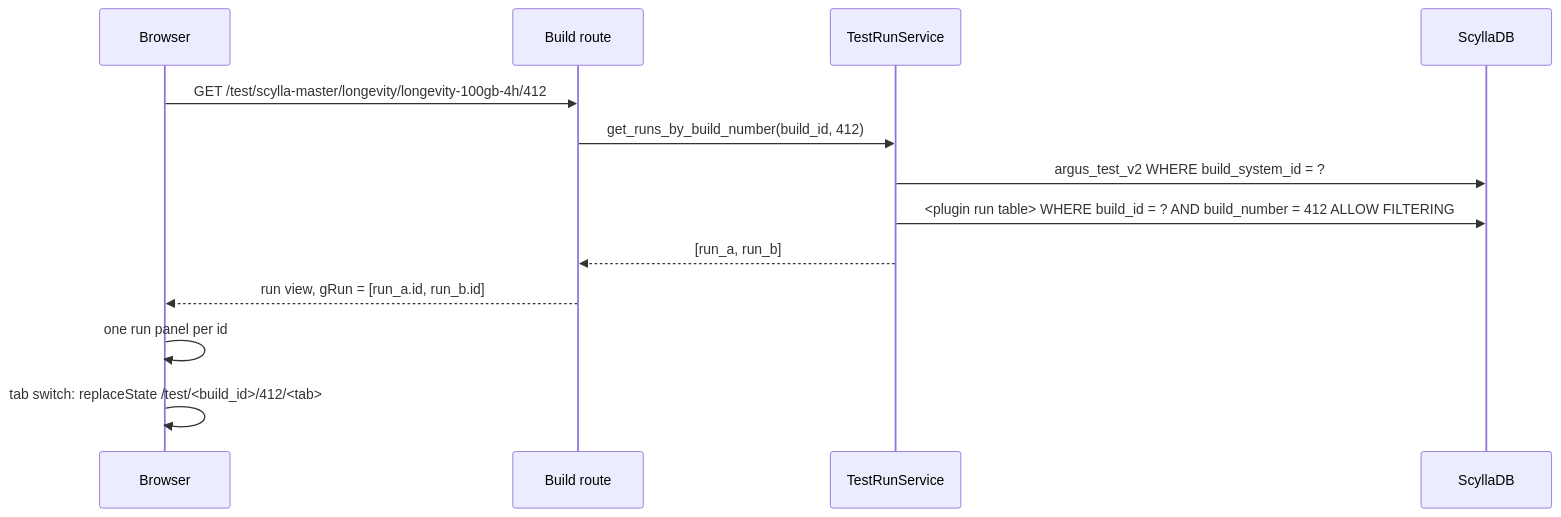
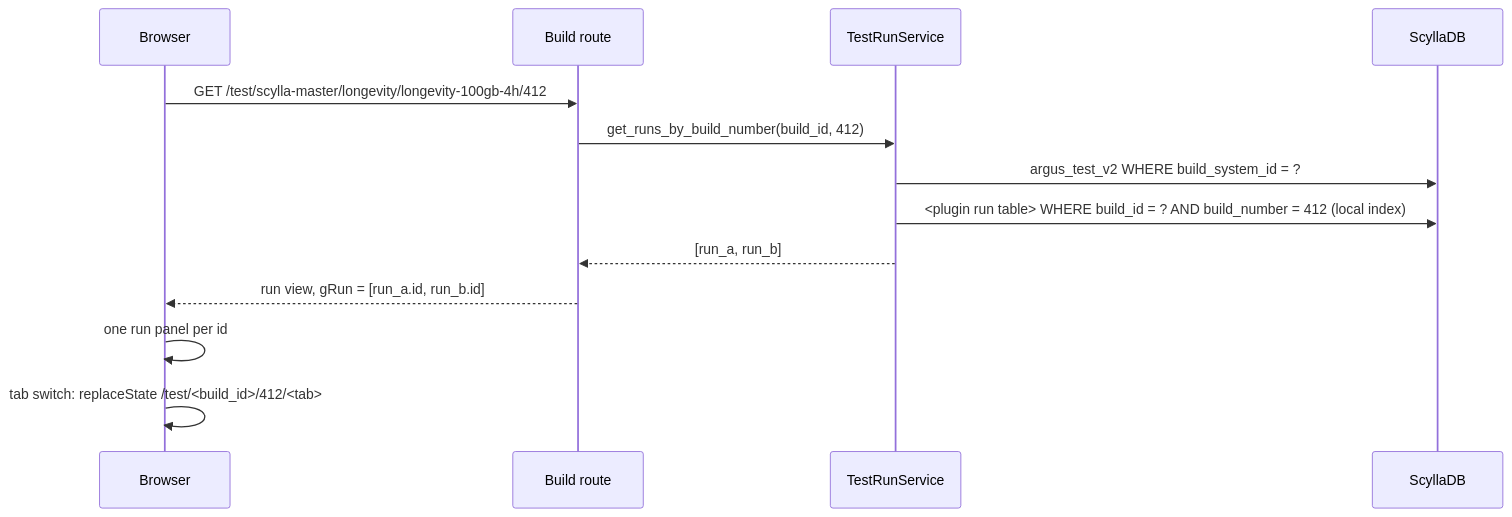
The first of 2 diagrams in tasks/ARGUS-184/spec.md (scylladb/argus), drawn with Mermaid before and after one commit. The commit also changed other lines of this file and 5 other files, not shown here.

First line of the commit message:
perf(testrun): look up a build through a local index

````diff
--- a/tasks/ARGUS-184/spec.md
+++ b/tasks/ARGUS-184/spec.md
@@ -52,15 +53,15 @@
 ```mermaid
 sequenceDiagram
     participant B as Browser
     participant M as Build route
     participant S as TestRunService
     participant D as ScyllaDB
     B->>M: GET /test/scylla-master/longevity/longevity-100gb-4h/412
     M->>S: get_runs_by_build_number(build_id, 412)
     S->>D: argus_test_v2 WHERE build_system_id = ?
-    S->>D: <plugin run table> WHERE build_id = ? AND build_number = 412 ALLOW FILTERING
+    S->>D: <plugin run table> WHERE build_id = ? AND build_number = 412 (local index)
     S-->>M: [run_a, run_b]
     M-->>B: run view, gRun = [run_a.id, run_b.id]
     B->>B: one run panel per id
     B->>B: tab switch: replaceState /test/<build_id>/412/<tab>
 ```
````
